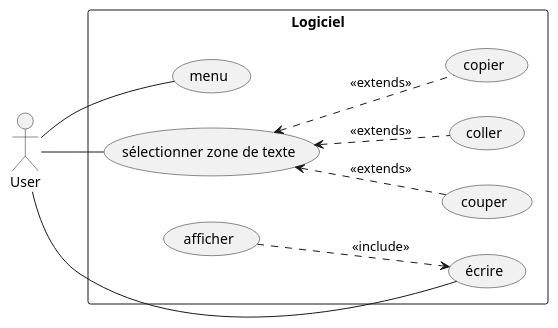
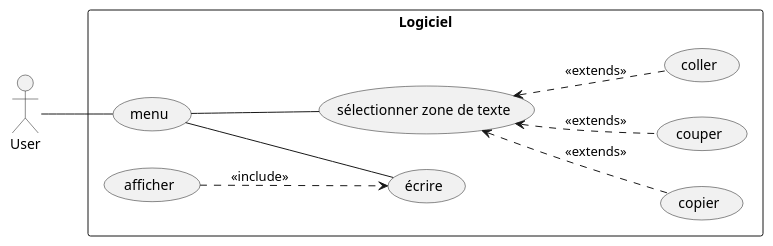
Before and after one commit to Emeraudia/ESIR2_Dracer: the diagram in OMD/TP2/use_case.wsd, drawn with PlantUML.

Commit message:
modif diagrame facade

```diff
--- a/OMD/TP2/use_case.wsd
+++ b/OMD/TP2/use_case.wsd
@@ -1,26 +1,26 @@
 @startuml
 
 left to right direction
 actor "User" as Us
 
 rectangle Logiciel {
 
     usecase "menu" as menu
     usecase "écrire" as ec
     usecase "afficher" as af
     usecase "sélectionner zone de texte" as select
     usecase "copier" as copy
     usecase "couper" as cut
     usecase "coller" as paste
     
 }
 
 Us -- menu
-Us -- ec
+menu -- ec
 af ..> ec : <<include>>
-Us -- select
+menu -- select
 select <.. copy  : <<extends>>
 select <.. cut   : <<extends>>
 select <.. paste : <<extends>>
 
 @enduml
```
